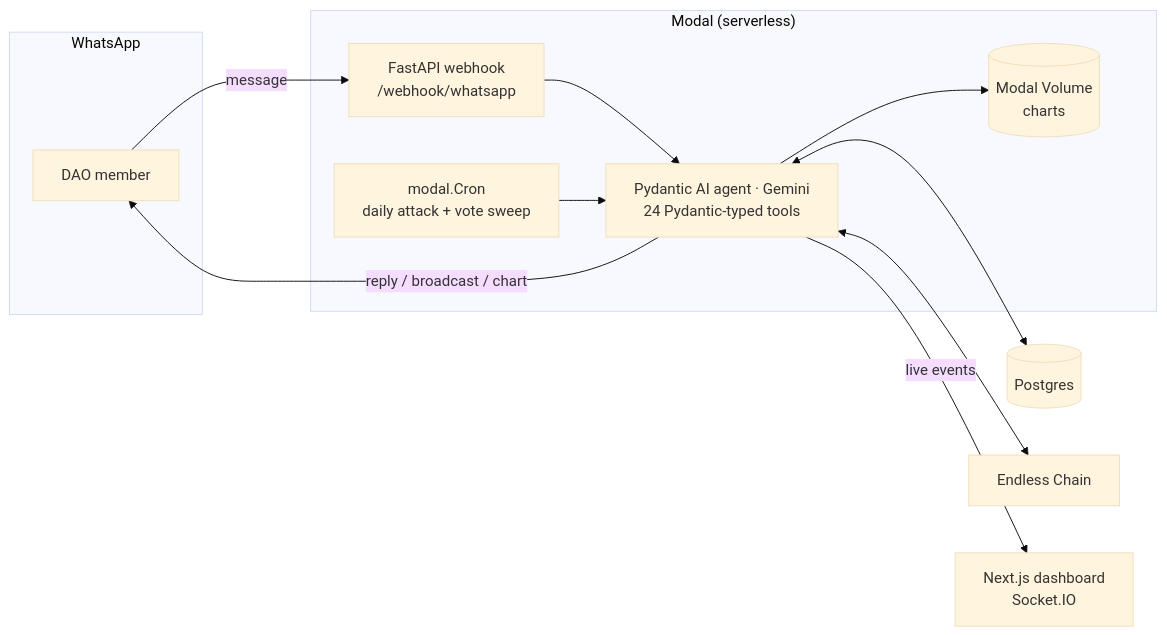
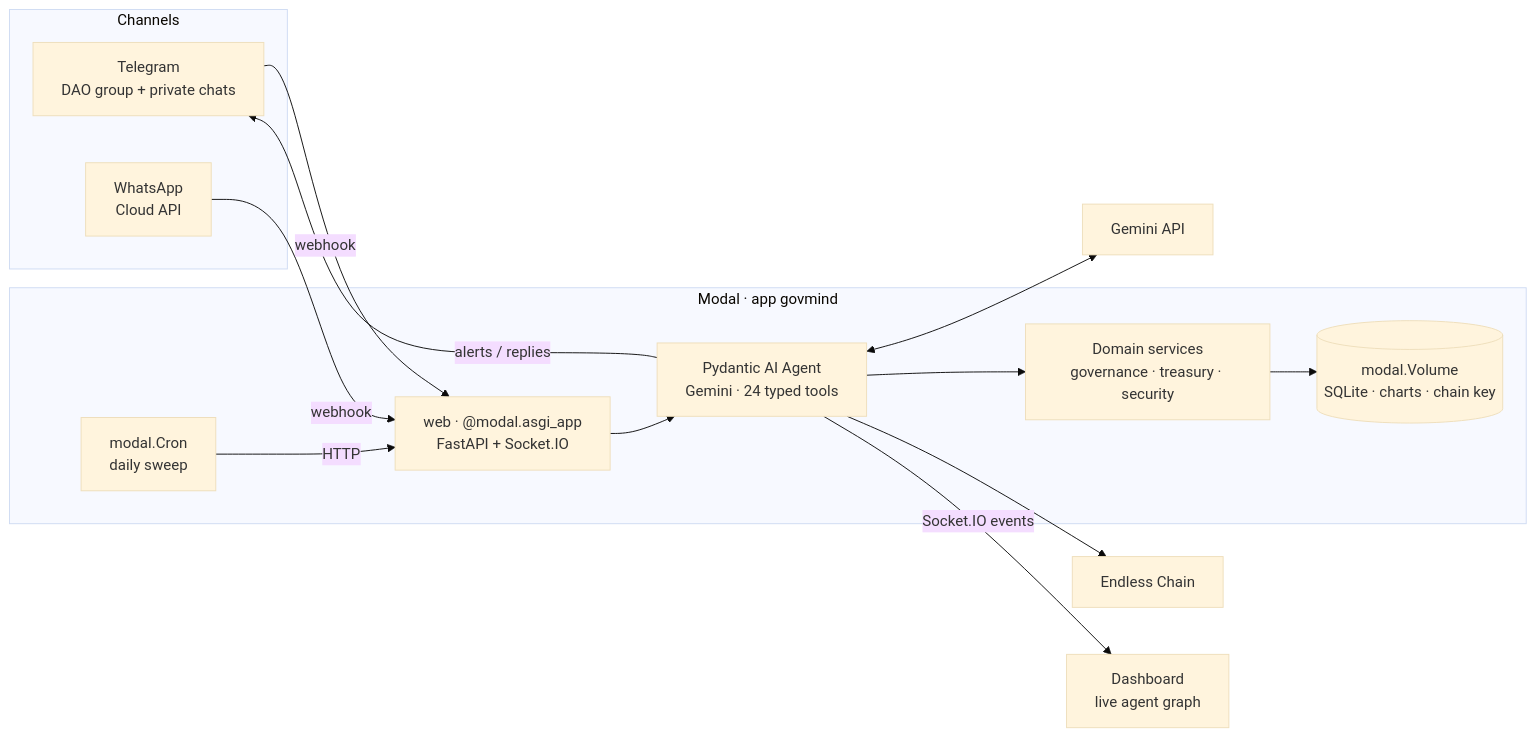
The diagram in README.md (Pranavreddy2007/tech-europe-hackathon), drawn with Mermaid (base theme) before and after one commit. The commit also changed other lines of this file and 7 other files, not shown here.

First line of the commit message:
Submission docs: README, architecture, API reference, tech stack

````diff
--- a/README.md
+++ b/README.md
@@ -37,25 +67,29 @@
 ```mermaid
 flowchart LR
-    subgraph WA["WhatsApp"]
-        USER[DAO member]
+    subgraph CH["Channels"]
+        TG["Telegram<br/>DAO group + private chats"]
+        WA["WhatsApp<br/>Cloud API"]
     end
 
-    subgraph MODAL["Modal (serverless)"]
-        HOOK["FastAPI webhook<br/>/webhook/whatsapp"]
-        AGENT["Pydantic AI agent · Gemini<br/>24 Pydantic-typed tools"]
-        CRON["modal.Cron<br/>daily attack + vote sweep"]
-        VOL[("Modal Volume<br/>charts")]
+    subgraph MODAL["Modal · app govmind"]
+        WEB["web · @modal.asgi_app<br/>FastAPI + Socket.IO"]
+        AGENT["Pydantic AI Agent<br/>Gemini · 24 typed tools"]
+        SVC["Domain services<br/>governance · treasury · security"]
+        VOL[("modal.Volume<br/>SQLite · charts · chain key")]
+        CRON["modal.Cron<br/>daily sweep"]
     end
 
-    DB[(Postgres)]
-    CHAIN["Endless Chain"]
-    DASH["Next.js dashboard<br/>Socket.IO"]
+    GEM["Gemini API"]
+    END["Endless Chain"]
+    DASH["Dashboard<br/>live agent graph"]
 
-    USER -- message --> HOOK --> AGENT
-    CRON --> AGENT
-    AGENT -- reply / broadcast / chart --> USER
-    AGENT <--> DB
-    AGENT <--> CHAIN
-    AGENT --> VOL
-    AGENT -- live events --> DASH
+    TG -- webhook --> WEB
+    WA -- webhook --> WEB
+    CRON -- HTTP --> WEB
+    WEB --> AGENT
+    AGENT <--> GEM
+    AGENT --> SVC --> VOL
+    AGENT --> END
+    AGENT -- alerts / replies --> TG
+    AGENT -- Socket.IO events --> DASH
 ```
````
